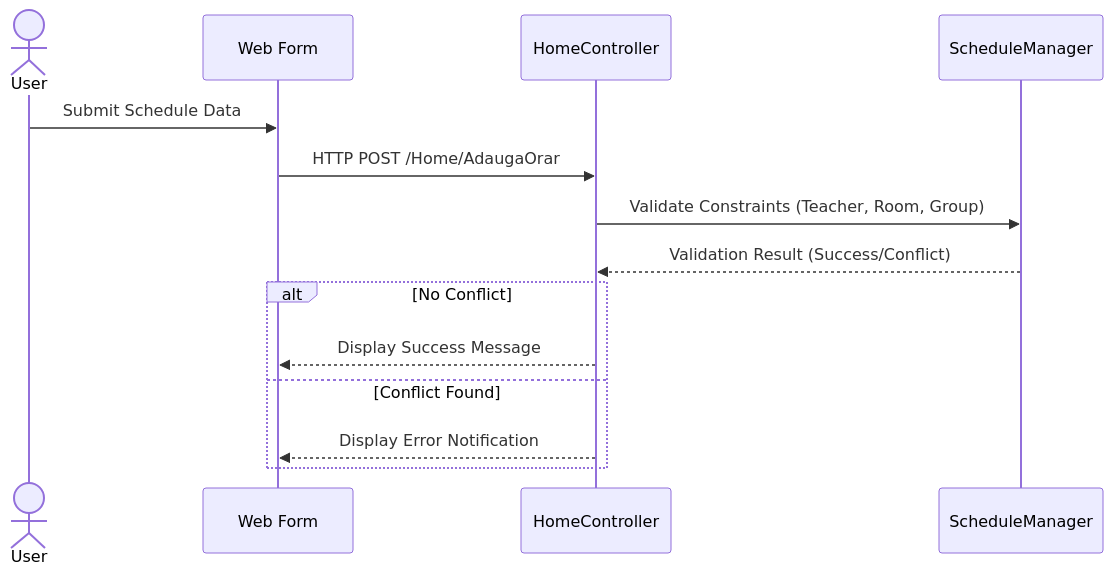
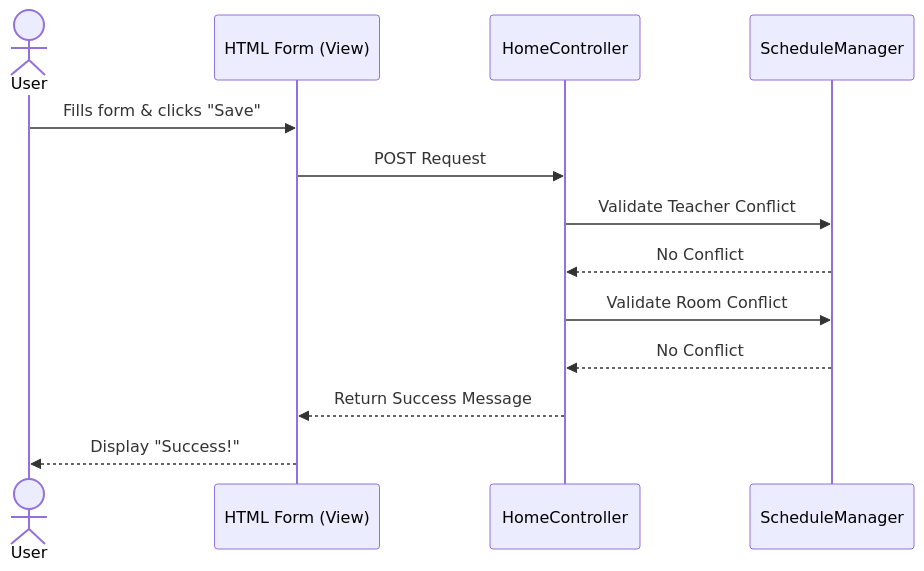
Before and after one commit to ana12maria/UCSS_Project: the second of 2 diagrams in README.md, drawn with Mermaid. The commit also changed other lines of this file, not shown here.

````diff
--- a/README.md
+++ b/README.md
@@ -97,17 +61,16 @@
 ```mermaid
 sequenceDiagram
     actor User
-    participant UI as Web Form
-    participant Ctrl as HomeController
-    participant Service as ScheduleManager
+    participant View as HTML Form (View)
+    participant Controller as HomeController
+    participant Manager as ScheduleManager
     
-    User->>UI: Submit Schedule Data
-    UI->>Ctrl: HTTP POST /Home/AdaugaOrar
-    Ctrl->>Service: Validate Constraints (Teacher, Room, Group)
-    Service-->>Ctrl: Validation Result (Success/Conflict)
-    alt No Conflict
-        Ctrl-->>UI: Display Success Message
-    else Conflict Found
-        Ctrl-->>UI: Display Error Notification
-    end
+    User->>View: Fills form & clicks "Save"
+    View->>Controller: POST Request
+    Controller->>Manager: Validate Teacher Conflict
+    Manager-->>Controller: No Conflict
+    Controller->>Manager: Validate Room Conflict
+    Manager-->>Controller: No Conflict
+    Controller-->>View: Return Success Message
+    View-->>User: Display "Success!"
 ```
````
